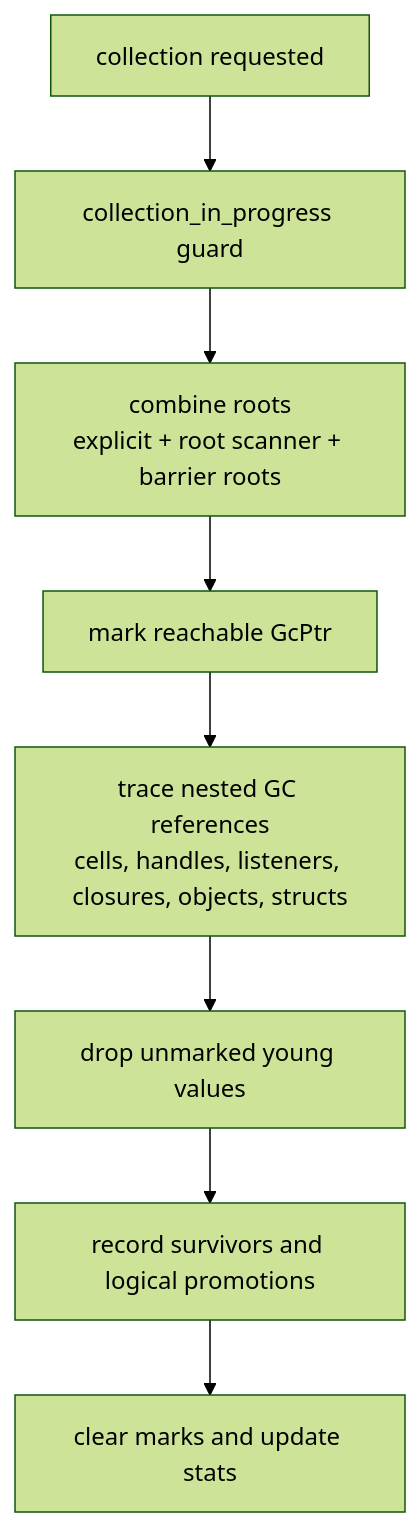
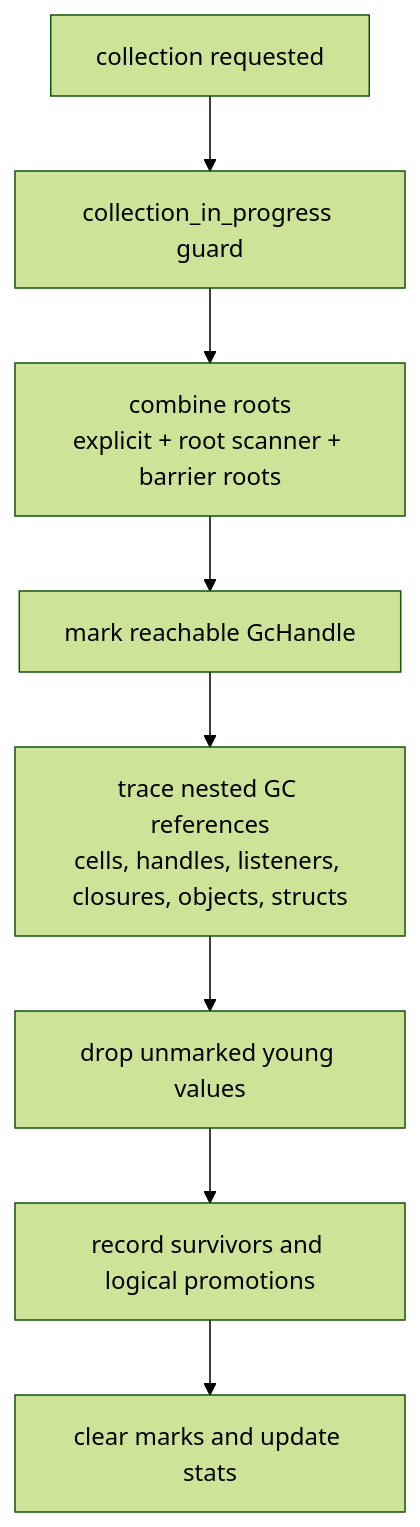
Before and after one commit to runmat-org/runmat: the second of 2 diagrams in docs/gc/index.md, drawn with Mermaid (forest theme). The commit also changed other lines of this file and 16 other files, not shown here.

````diff
--- a/docs/gc/index.md
+++ b/docs/gc/index.md
@@ -70,13 +70,13 @@
 ```mermaid
 flowchart TD
   Start["collection requested"]
   Guard["collection_in_progress guard"]
   Roots["combine roots<br/>explicit + root scanner + barrier roots"]
-  Mark["mark reachable GcPtr<Value>"]
+  Mark["mark reachable GcHandle<Value>"]
   Trace["trace nested GC references<br/>cells, handles, listeners, closures, objects, structs"]
   Sweep["drop unmarked young values"]
   Survivors["record survivors and logical promotions"]
   Cleanup["clear marks and update stats"]
 
   Start --> Guard --> Roots --> Mark --> Trace --> Sweep --> Survivors --> Cleanup
 ```
````
